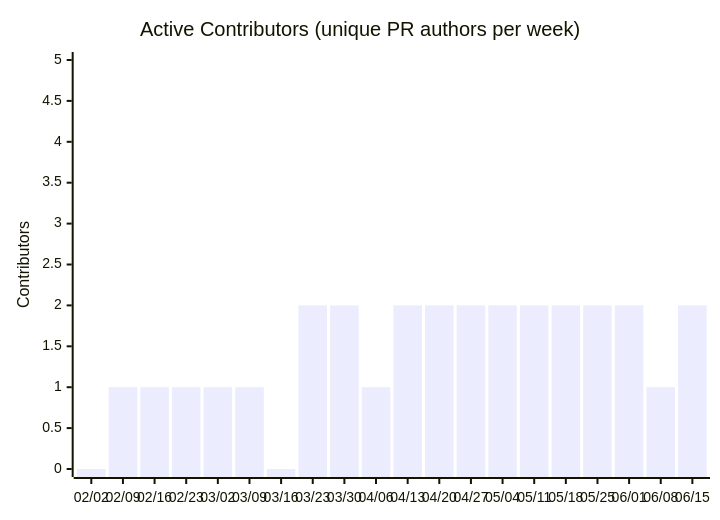
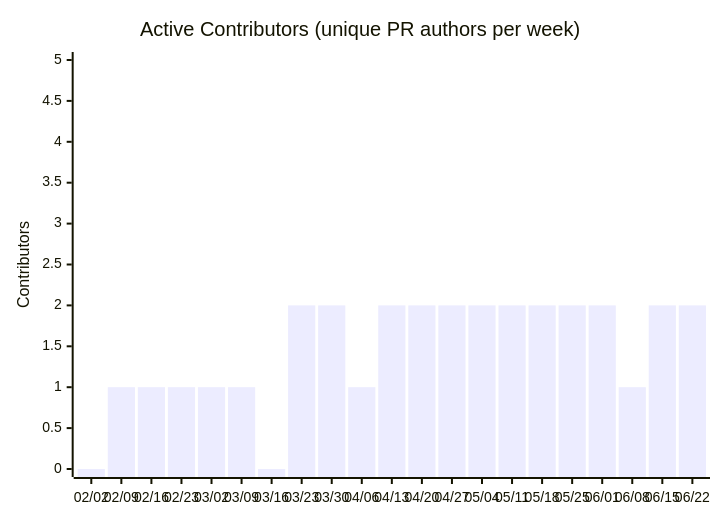
Before and after one commit to nablarch/nabledge-dev: the seventh of 14 diagrams in docs/metrics.md, drawn with Mermaid. The commit also changed other lines of this file and 2 other files, not shown here.

````diff
--- a/docs/metrics.md
+++ b/docs/metrics.md
@@ -109,7 +109,7 @@
 ```mermaid
 xychart-beta
   title "Active Contributors (unique PR authors per week)"
-  x-axis ["02/02", "02/09", "02/16", "02/23", "03/02", "03/09", "03/16", "03/23", "03/30", "04/06", "04/13", "04/20", "04/27", "05/04", "05/11", "05/18", "05/25", "06/01", "06/08", "06/15"]
+  x-axis ["02/02", "02/09", "02/16", "02/23", "03/02", "03/09", "03/16", "03/23", "03/30", "04/06", "04/13", "04/20", "04/27", "05/04", "05/11", "05/18", "05/25", "06/01", "06/08", "06/15", "06/22"]
   y-axis "Contributors" 0 --> 5
-  bar [0, 1, 1, 1, 1, 1, 0, 2, 2, 1, 2, 2, 2, 2, 2, 2, 2, 2, 1, 2]
+  bar [0, 1, 1, 1, 1, 1, 0, 2, 2, 1, 2, 2, 2, 2, 2, 2, 2, 2, 1, 2, 2]
 ```
````
